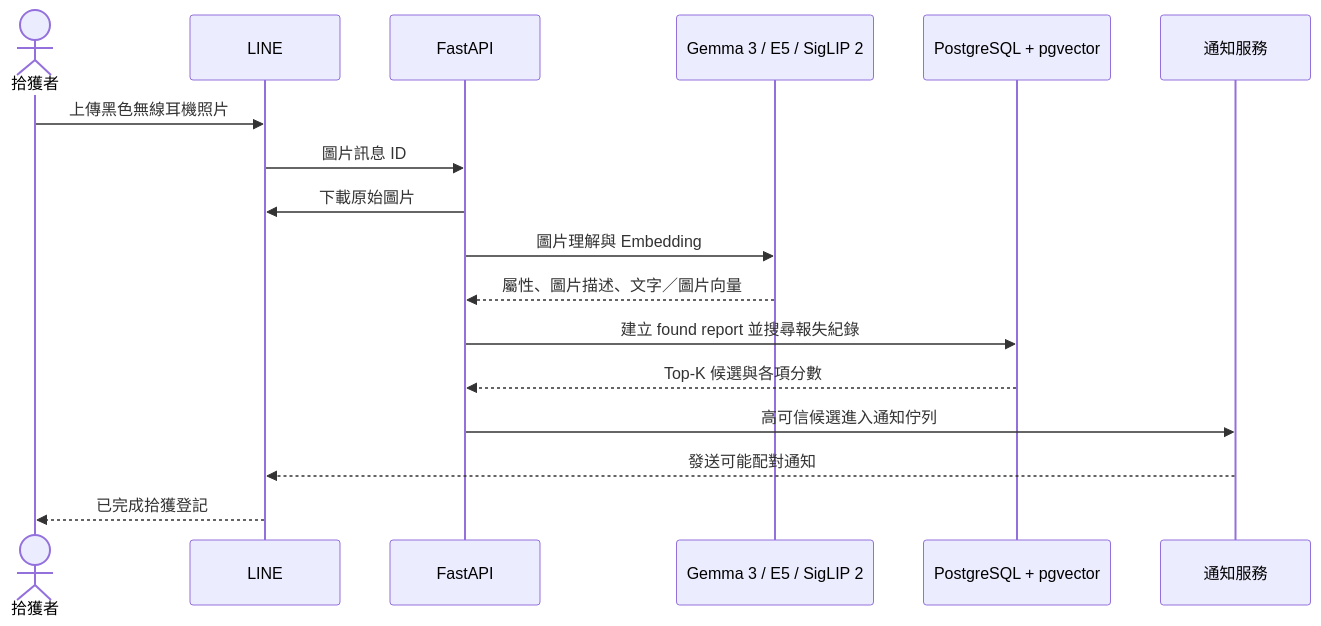
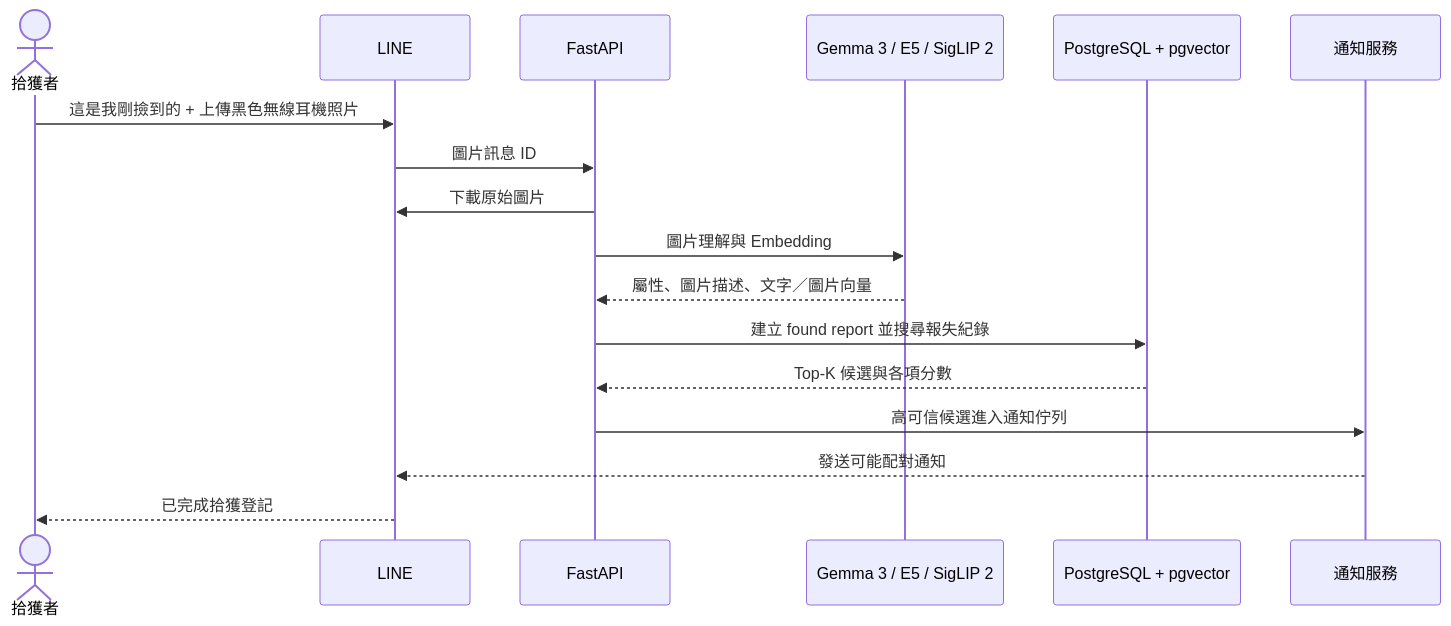
The third of 4 diagrams in README.md (yian3690/LostLink), drawn with Mermaid before and after one commit. The commit also changed other lines of this file and 37 other files, not shown here.

````diff
--- a/README.md
+++ b/README.md
@@ -95,20 +97,20 @@
 ```mermaid
 sequenceDiagram
     actor Finder as 拾獲者
     participant Line as LINE
     participant API as FastAPI
     participant AI as Gemma 3 / E5 / SigLIP 2
     participant DB as PostgreSQL + pgvector
     participant Notify as 通知服務
 
-    Finder->>Line: 上傳黑色無線耳機照片
+    Finder->>Line: 這是我剛撿到的 + 上傳黑色無線耳機照片
     Line->>API: 圖片訊息 ID
     API->>Line: 下載原始圖片
     API->>AI: 圖片理解與 Embedding
     AI-->>API: 屬性、圖片描述、文字／圖片向量
     API->>DB: 建立 found report 並搜尋報失紀錄
     DB-->>API: Top-K 候選與各項分數
     API->>Notify: 高可信候選進入通知佇列
     Notify-->>Line: 發送可能配對通知
     Line-->>Finder: 已完成拾獲登記
 ```
````
